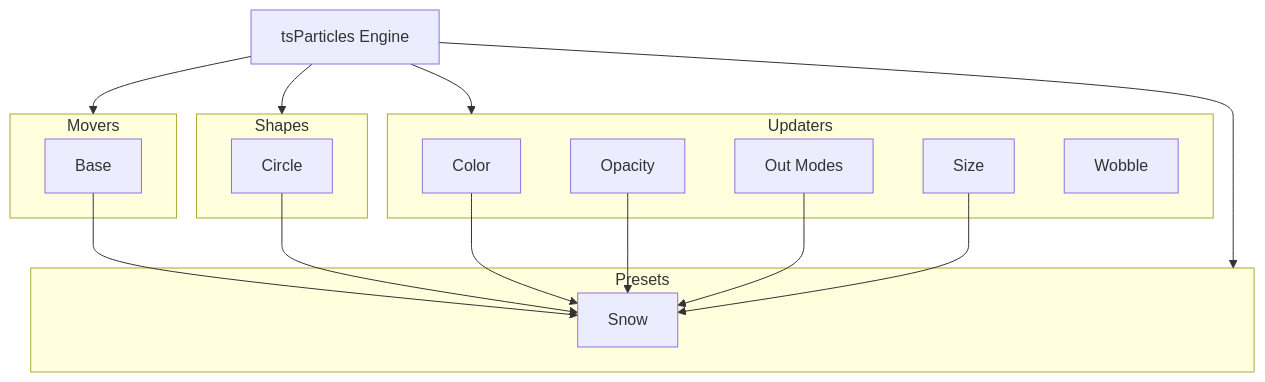
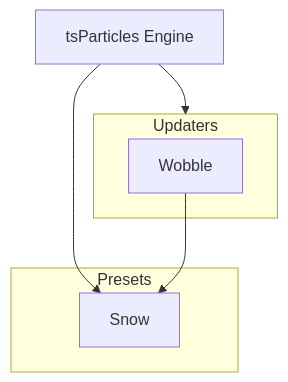
One commit to tsparticles/presets changed the diagram in presets/snow/README.md. Above: the diagram before and after it, drawn with Mermaid. The commit also changed 35 other files, not shown here.

Commit message:
feat: added squares preset build: updated all mermaid charts

````diff
--- a/presets/snow/README.md
+++ b/presets/snow/README.md
@@ -166,35 +166,15 @@
 ```mermaid
 flowchart TD
 
-e[tsParticles Engine]
-
-subgraph m [Movers]
-mb[Base]
-end
-
-e --> m
-
-subgraph s [Shapes]
-sc[Circle]
-end
-
-e --> s
-
 subgraph u [Updaters]
-uc[Color]
-uop[Opacity]
-uou[Out Modes]
-usi[Size]
 uwo[Wobble]
 end
 
-e --> u
+bb[tsParticles Engine] --> u
 
 subgraph pr [Presets]
 prsn[Snow]
 end
 
-e --> pr
-
-mb & sc & uc & uop & uou & usi --> prsn
+bb & uwo --> prsn
 ```
````
